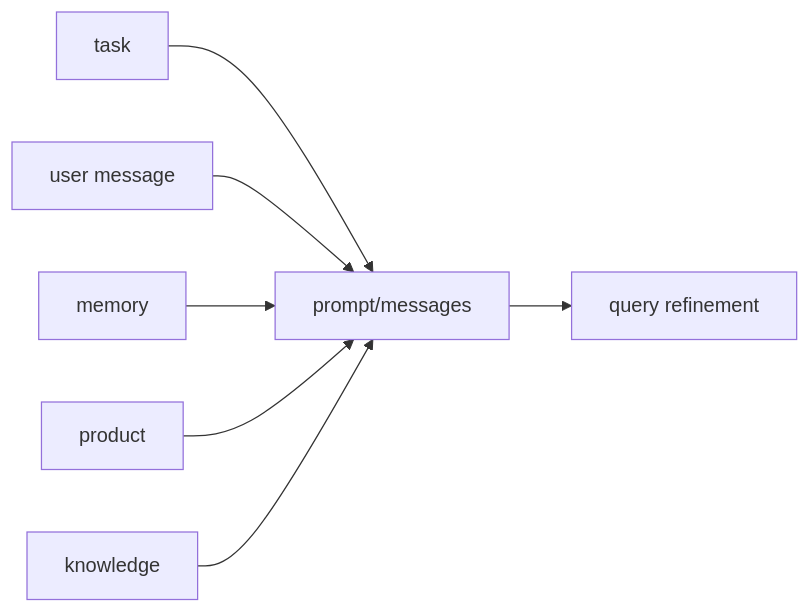
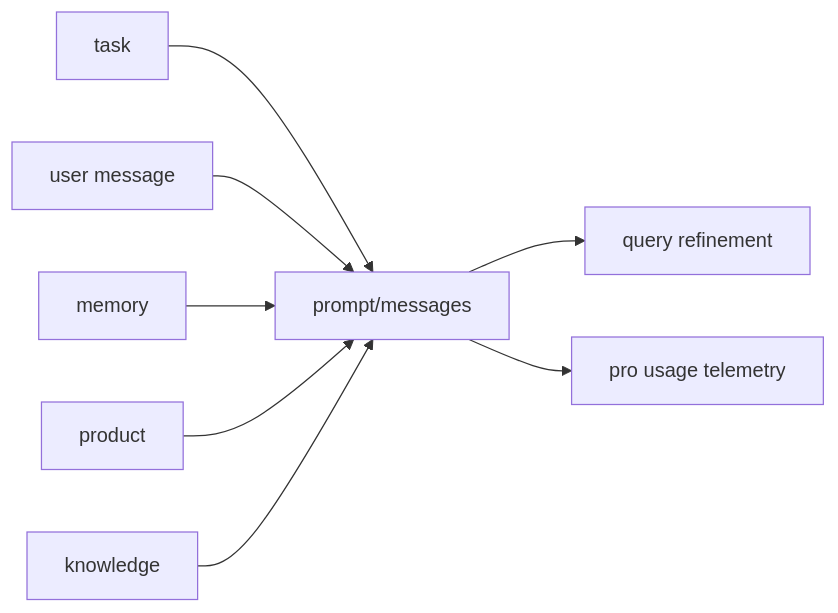
One commit to ImWenyaoT/chatty changed the tenth of 24 diagrams in docs/design.md. Above: the diagram before and after it, drawn with Mermaid. The commit also changed other lines of this file and 9 other files, not shown here.

Commit message:
feat(llm): trace pro usage costs in playground

````diff
--- a/docs/design.md
+++ b/docs/design.md
@@ -207,9 +208,10 @@
 ```mermaid
 flowchart LR
   Task["task"] --> Prompt["prompt/messages"]
   User["user message"] --> Prompt
   Memory["memory"] --> Prompt
   Product["product"] --> Prompt
   Knowledge["knowledge"] --> Prompt
   Prompt --> Query["query refinement"]
+  Prompt --> Cost["pro usage telemetry"]
 ```
````
